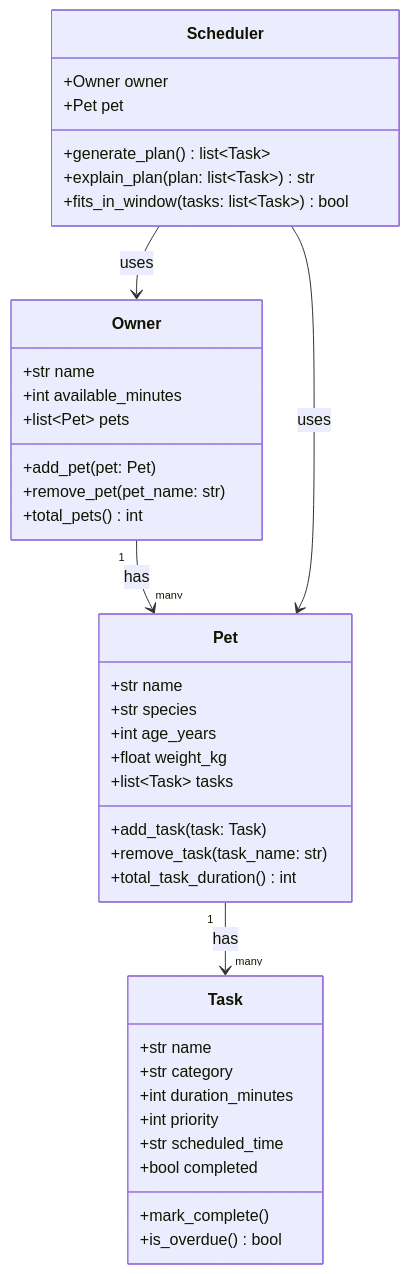
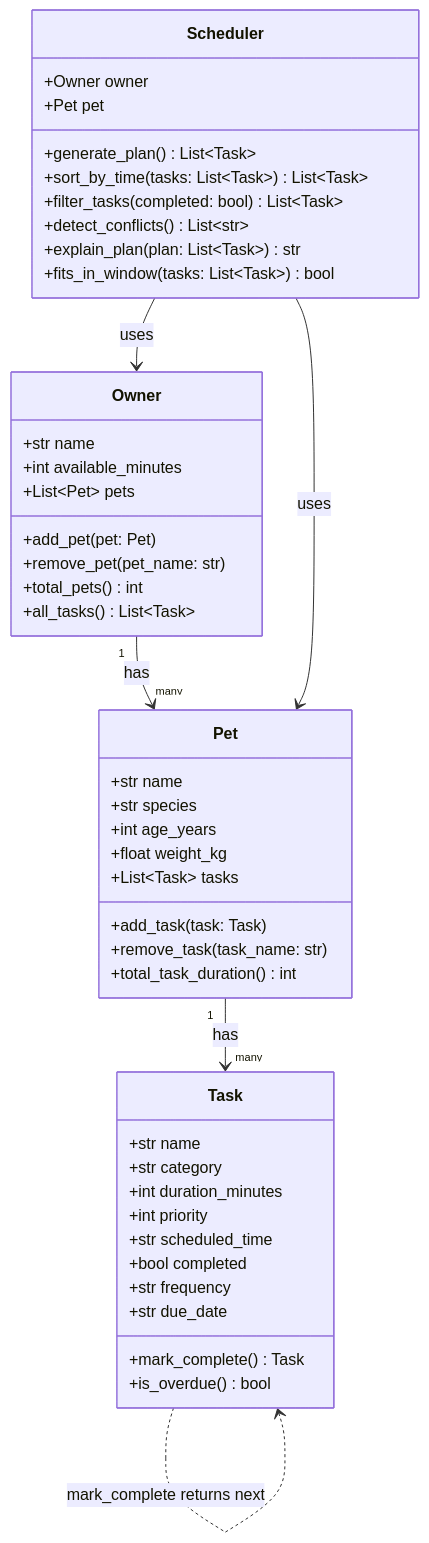
One commit to NatersGonnaN8/ai110-module2show-pawpal-starter changed the diagram in reflection.md. Above: the diagram before and after it, drawn with Mermaid. The commit also changed other lines of this file and 2 other files, not shown here.

Commit message:
feat: UI polish, finalized UML, and completed reflection

````diff
--- a/reflection.md
+++ b/reflection.md
@@ -22,46 +22,53 @@
 ```mermaid
 classDiagram
     class Owner {
         +str name
         +int available_minutes
-        +list~Pet~ pets
+        +List~Pet~ pets
         +add_pet(pet: Pet)
         +remove_pet(pet_name: str)
         +total_pets() int
+        +all_tasks() List~Task~
     }
 
     class Pet {
         +str name
         +str species
         +int age_years
         +float weight_kg
-        +list~Task~ tasks
+        +List~Task~ tasks
         +add_task(task: Task)
         +remove_task(task_name: str)
         +total_task_duration() int
     }
 
     class Task {
         +str name
         +str category
         +int duration_minutes
         +int priority
         +str scheduled_time
         +bool completed
-        +mark_complete()
+        +str frequency
+        +str due_date
+        +mark_complete() Task
         +is_overdue() bool
     }
 
     class Scheduler {
         +Owner owner
         +Pet pet
-        +generate_plan() list~Task~
-        +explain_plan(plan: list~Task~) str
-        +fits_in_window(tasks: list~Task~) bool
+        +generate_plan() List~Task~
+        +sort_by_time(tasks: List~Task~) List~Task~
+        +filter_tasks(completed: bool) List~Task~
+        +detect_conflicts() List~str~
+        +explain_plan(plan: List~Task~) str
+        +fits_in_window(tasks: List~Task~) bool
     }
 
     Owner "1" --> "many" Pet : has
     Pet "1" --> "many" Task : has
     Scheduler --> Owner : uses
     Scheduler --> Pet : uses
+    Task ..> Task : mark_complete returns next
 ```
````
